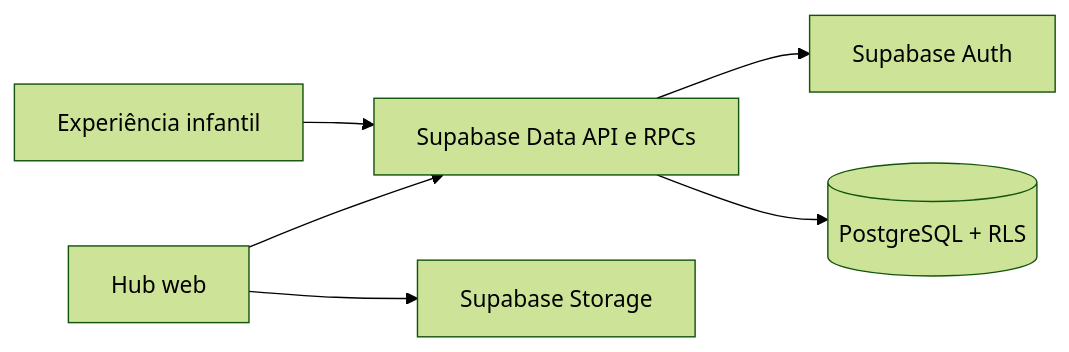
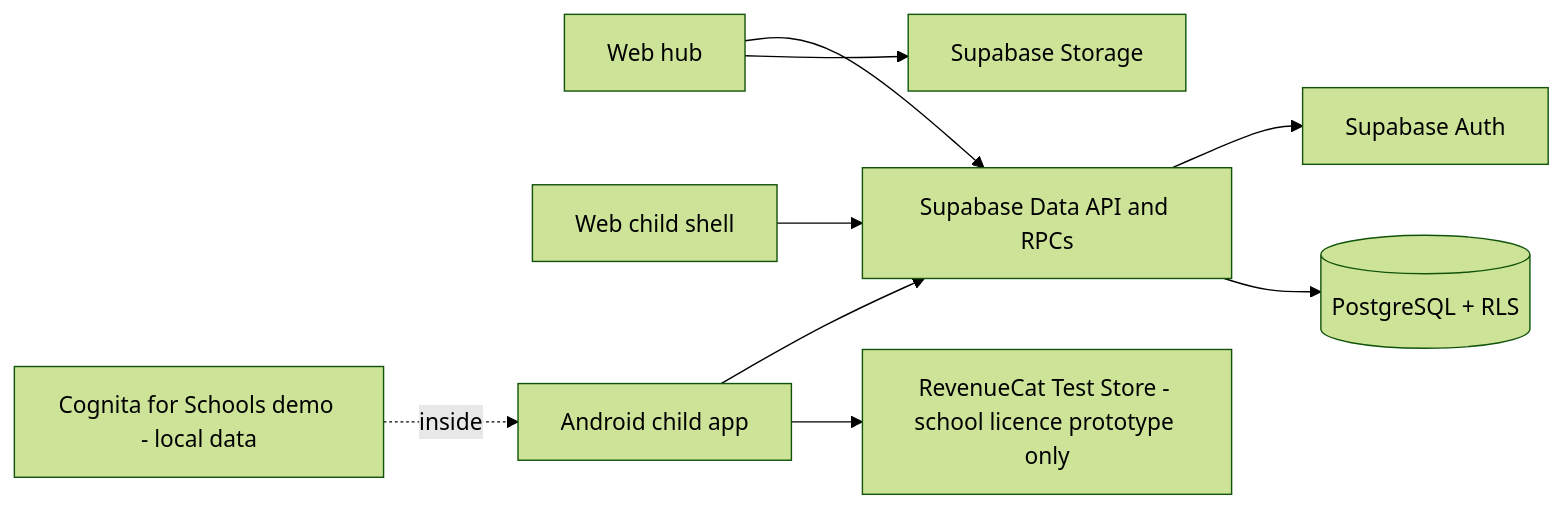
Before and after one commit to Markussdev/CognitaHub: the first of 3 diagrams in docs/ARCHITECTURE.md, drawn with Mermaid (forest theme). The commit also changed other lines of this file and 15 other files, not shown here.

````diff
--- a/docs/ARCHITECTURE.md
+++ b/docs/ARCHITECTURE.md
@@ -13,8 +16,11 @@
 ```mermaid
 flowchart LR
-    WEB[Hub web] --> API[Supabase Data API e RPCs]
-    CHILD[Experiência infantil] --> API
+    WEB[Web hub] --> API[Supabase Data API and RPCs]
+    WEBCHILD[Web child shell] --> API
+    ANDROID[Android child app] --> API
+    ANDROID --> RC[RevenueCat Test Store - school licence prototype only]
+    SCHOOLS[Cognita for Schools demo - local data] -. inside .-> ANDROID
     API --> AUTH[Supabase Auth]
     API --> DB[(PostgreSQL + RLS)]
     WEB --> STORAGE[Supabase Storage]
 ```
````
